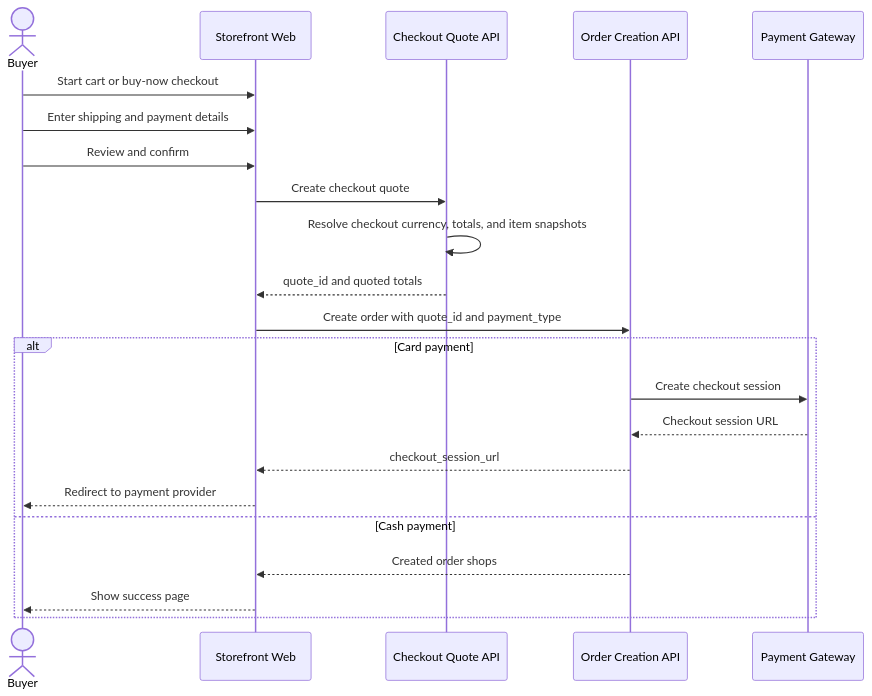
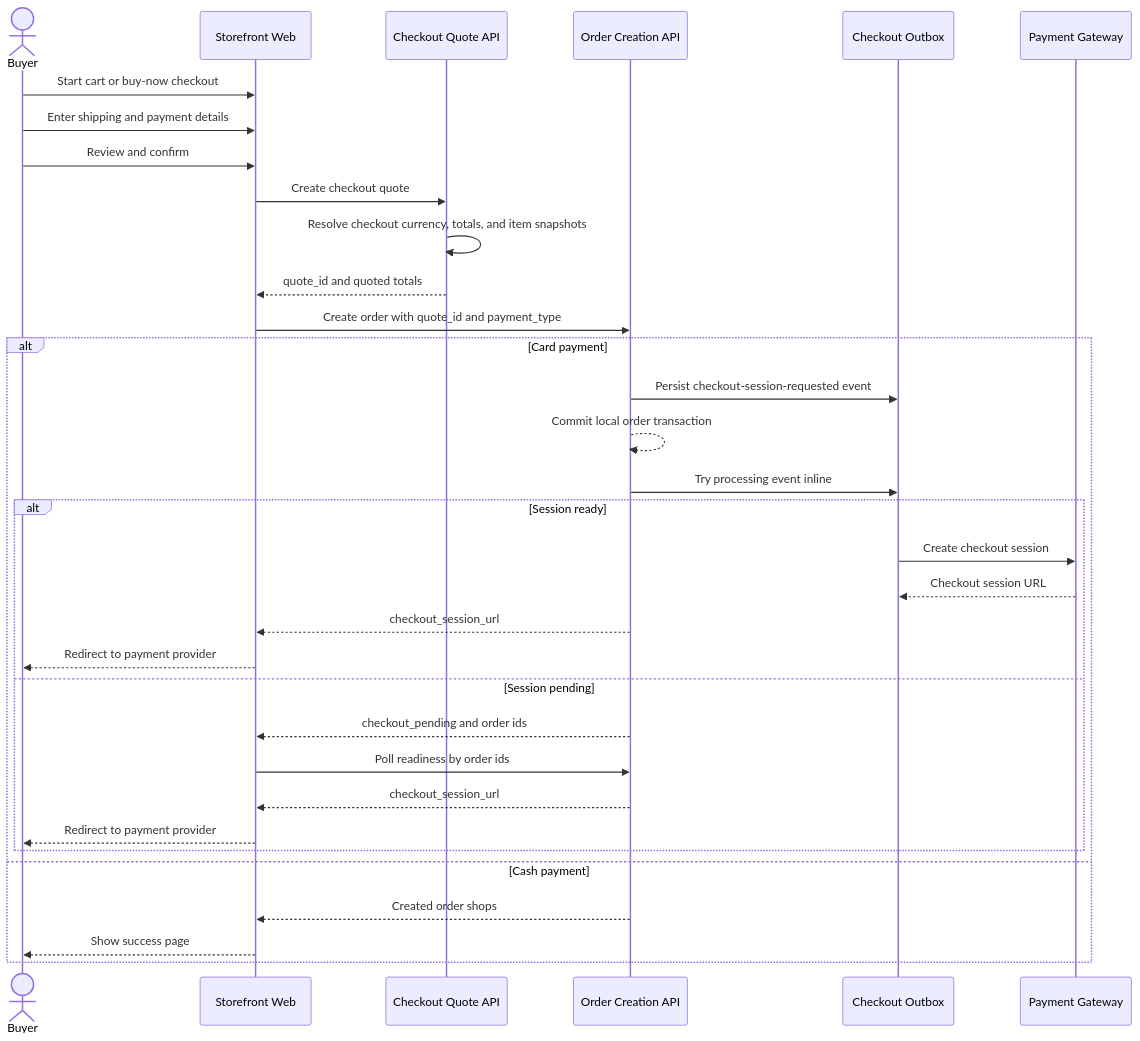
Before and after one commit to dauphaihau-arc/arc: the first of 2 diagrams in docs/features/checkout/flow.md, drawn with Mermaid. The commit also changed other lines of this file and 2 other files, not shown here.

Commit message:
docs(checkout): document pending card checkout flow

````diff
--- a/docs/features/checkout/flow.md
+++ b/docs/features/checkout/flow.md
@@ -9,25 +9,36 @@
 ```mermaid
 sequenceDiagram
     actor Buyer
     participant Web as Storefront Web
     participant Quote as Checkout Quote API
     participant Order as Order Creation API
+    participant Outbox as Checkout Outbox
     participant Payment as Payment Gateway
 
     Buyer->>Web: Start cart or buy-now checkout
     Buyer->>Web: Enter shipping and payment details
     Buyer->>Web: Review and confirm
     Web->>Quote: Create checkout quote
     Quote->>Quote: Resolve checkout currency, totals, and item snapshots
     Quote-->>Web: quote_id and quoted totals
     Web->>Order: Create order with quote_id and payment_type
     alt Card payment
-        Order->>Payment: Create checkout session
-        Payment-->>Order: Checkout session URL
-        Order-->>Web: checkout_session_url
-        Web-->>Buyer: Redirect to payment provider
+        Order->>Outbox: Persist checkout-session-requested event
+        Order-->>Order: Commit local order transaction
+        Order->>Outbox: Try processing event inline
+        alt Session ready
+            Outbox->>Payment: Create checkout session
+            Payment-->>Outbox: Checkout session URL
+            Order-->>Web: checkout_session_url
+            Web-->>Buyer: Redirect to payment provider
+        else Session pending
+            Order-->>Web: checkout_pending and order ids
+            Web->>Order: Poll readiness by order ids
+            Order-->>Web: checkout_session_url
+            Web-->>Buyer: Redirect to payment provider
+        end
     else Cash payment
         Order-->>Web: Created order shops
         Web-->>Buyer: Show success page
     end
 ```
````
